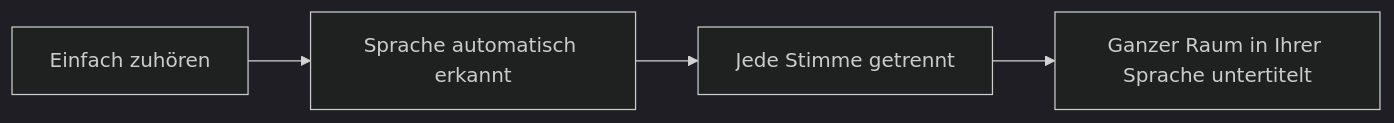
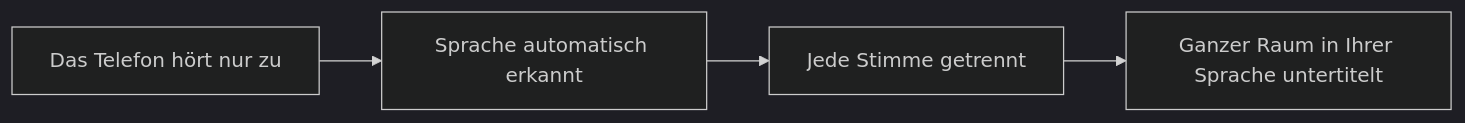
Before and after one commit to rpalm01-star/VigilantEarLegal: the first of 4 diagrams in README_de.md, drawn with Mermaid (dark theme). The commit also changed other lines of this file and 14 other files, not shown here.

````diff
--- a/README_de.md
+++ b/README_de.md
@@ -73,4 +82,4 @@
 ```mermaid
 graph LR
-    A["Einfach zuhören"] --> B["Sprache automatisch erkannt"] --> C["Jede Stimme getrennt"] --> D["Ganzer Raum in Ihrer Sprache untertitelt"]
+    A["Das Telefon hört nur zu"] --> B["Sprache automatisch erkannt"] --> C["Jede Stimme getrennt"] --> D["Ganzer Raum in Ihrer Sprache untertitelt"]
 ```
````
